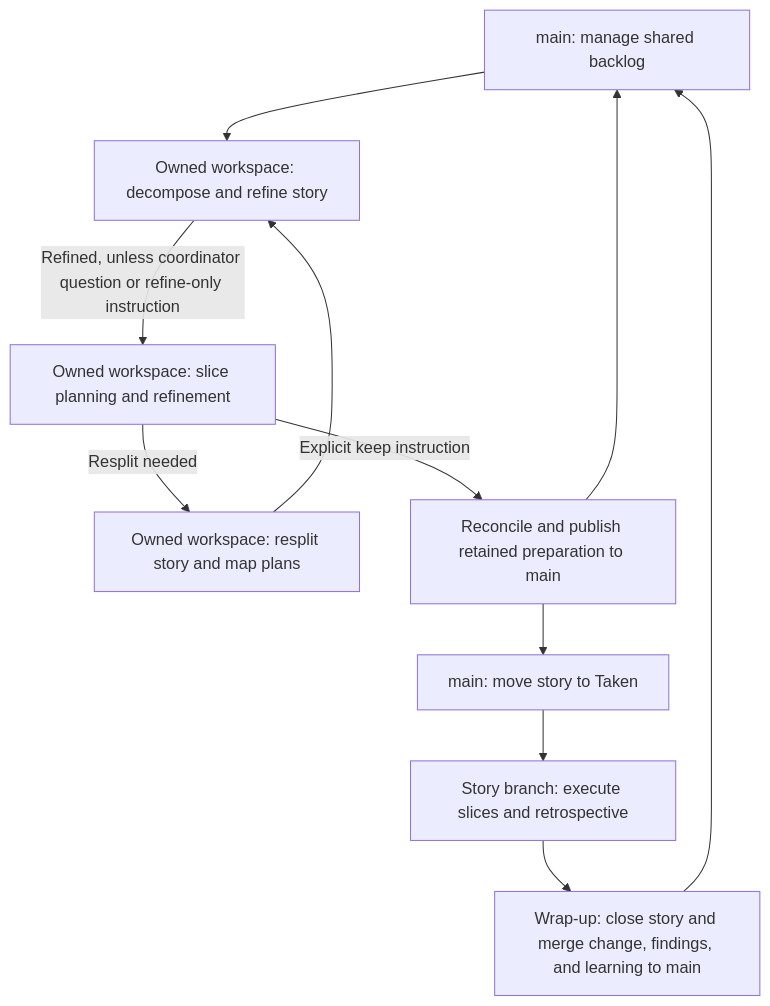
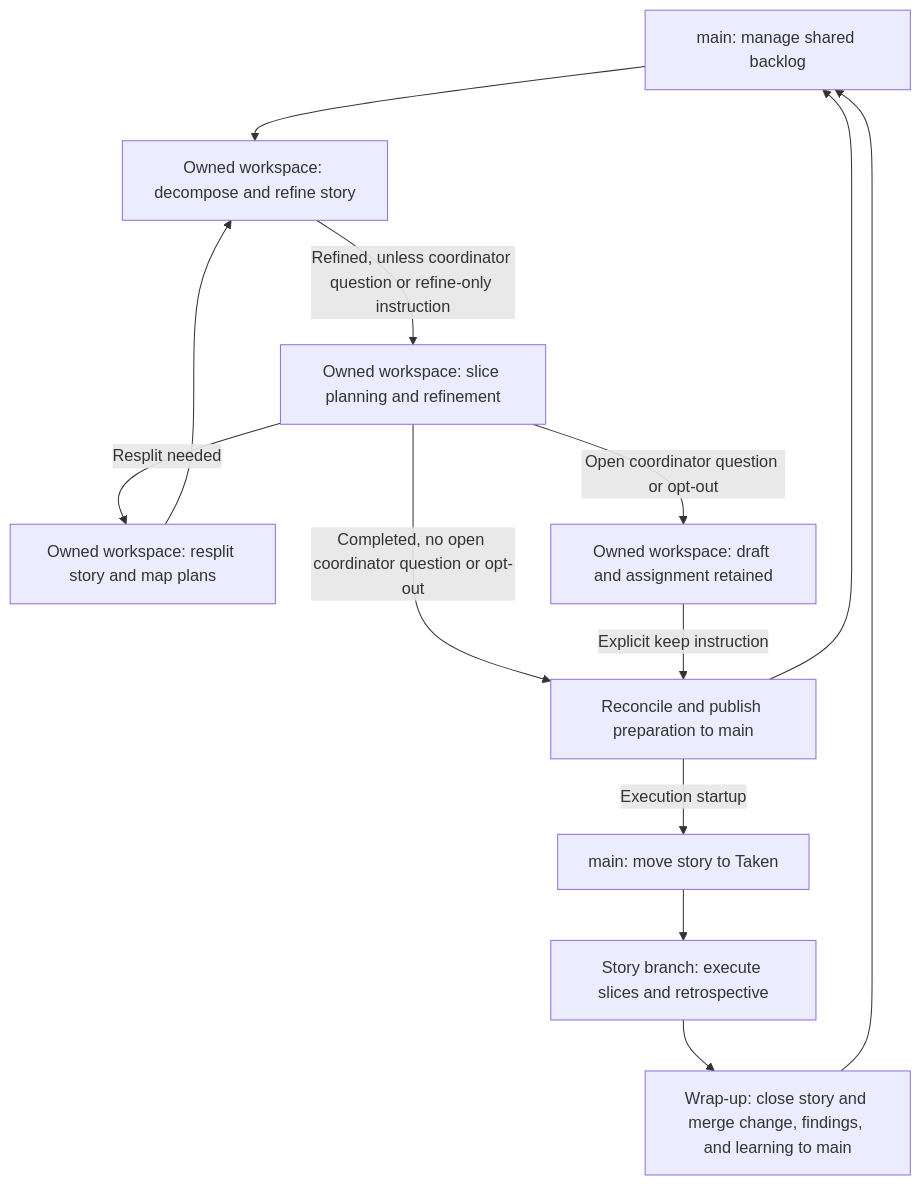
The diagram in docs/adrs/0007-software-development-lifecycles.md (terryyin/open-dough), drawn with Mermaid before and after one commit. The commit also changed other lines of this file and 1 other file, not shown here.

First line of the commit message:
State the preparation landing default and its opt-out in ADR 0007

````diff
--- a/docs/adrs/0007-software-development-lifecycles.md
+++ b/docs/adrs/0007-software-development-lifecycles.md
@@ -86,14 +92,16 @@
 ```mermaid
 flowchart TD
     A["main: manage shared backlog"] --> B["Owned workspace: decompose and refine story"]
     B -->|Refined, unless coordinator question or refine-only instruction| P["Owned workspace: slice planning and refinement"]
     P -->|Resplit needed| R["Owned workspace: resplit story and map plans"]
     R --> B
-    P -->|Explicit keep instruction| K["Reconcile and publish retained preparation to main"]
+    P -->|Completed, no open coordinator question or opt-out| K["Reconcile and publish preparation to main"]
+    P -->|Open coordinator question or opt-out| W["Owned workspace: draft and assignment retained"]
+    W -->|Explicit keep instruction| K
     K --> A
-    K --> C["main: move story to Taken"]
+    K -->|Execution startup| C["main: move story to Taken"]
     C --> D["Story branch: execute slices and retrospective"]
     D --> I["Wrap-up: close story and merge change, findings, and learning to main"]
     I --> A
 
 ```
````
